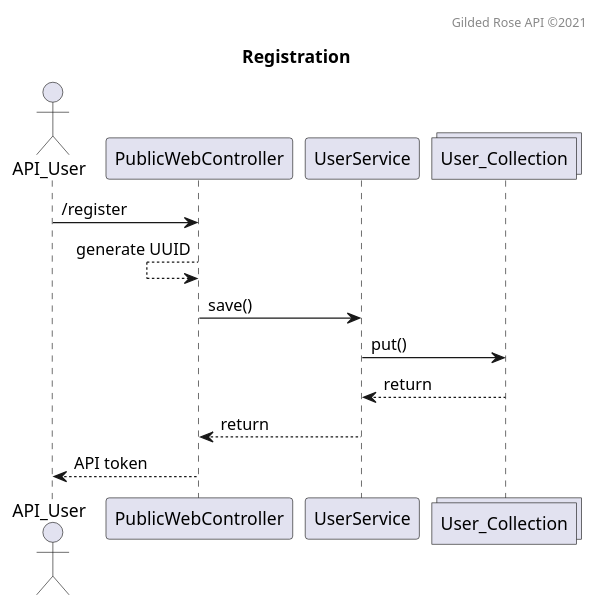
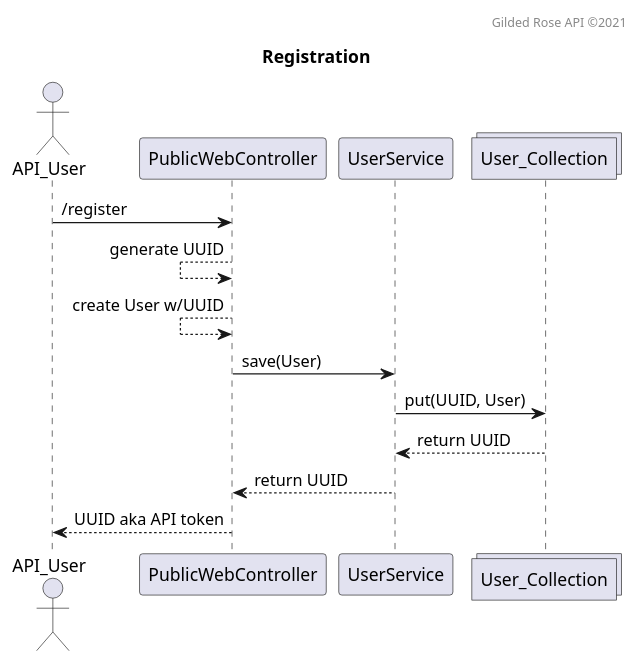
One commit to bladewheels/GildedRoseAPI changed the diagram in src/main/resources/seq.register.puml. Above: the diagram before and after it, drawn with PlantUML.

```diff
--- a/src/main/resources/seq.register.puml
+++ b/src/main/resources/seq.register.puml
@@ -1,17 +1,18 @@
 @startuml
 title Registration
 header Gilded Rose API ©2021
 
 actor API_User
 participant PublicWebController
 participant UserService
 collections User_Collection
 
 API_User -> PublicWebController : /register
 PublicWebController <-- PublicWebController : generate UUID
-PublicWebController -> UserService : save()
-UserService -> User_Collection: put()
-UserService <-- User_Collection : return
-PublicWebController <-- UserService : return
-API_User <-- PublicWebController : API token
+PublicWebController <-- PublicWebController : create User w/UUID
+PublicWebController -> UserService : save(User)
+UserService -> User_Collection: put(UUID, User)
+UserService <-- User_Collection : return UUID
+PublicWebController <-- UserService : return UUID
+API_User <-- PublicWebController : UUID aka API token
 @enduml
```
